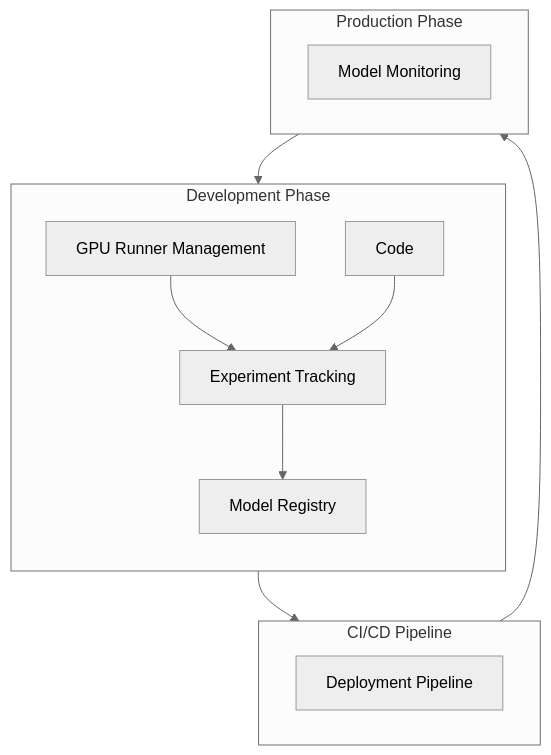
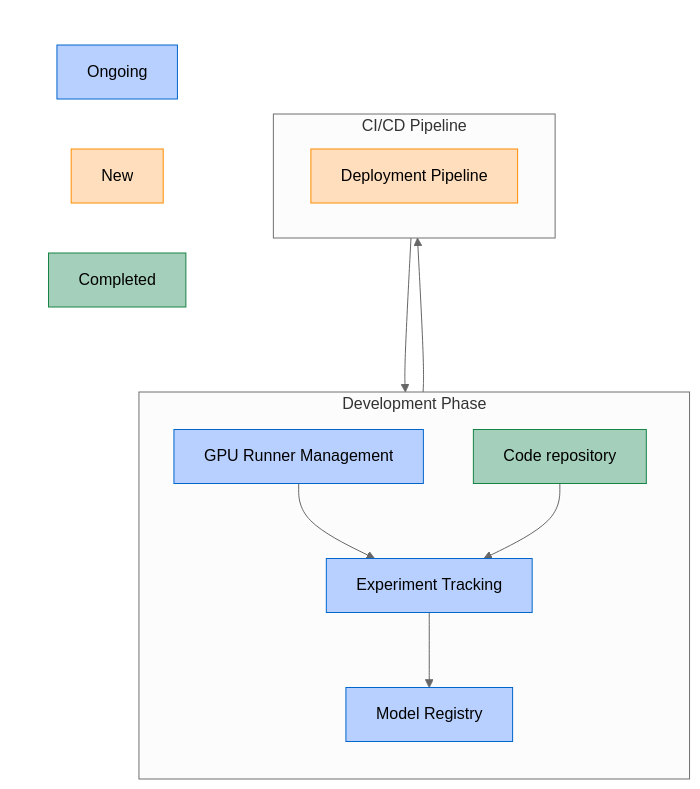
The diagram in content/handbook/engineering/architecture/design-documents/mlops/_index.md (zalyoung/gitlab-handbook), drawn with Mermaid (neutral theme) before and after one commit. The commit also changed other lines of this file, not shown here.

````diff
--- a/content/handbook/engineering/architecture/design-documents/mlops/_index.md
+++ b/content/handbook/engineering/architecture/design-documents/mlops/_index.md
@@ -66,25 +64,37 @@
 ```mermaid
 graph TB
     subgraph DevPhase["Development Phase"]
         direction TB
-        A1[Experiment Tracking]
-        A2[Model Registry]
-        A3[GPU Runner Management]
-        A4[Code]
+        A1[Experiment Tracking]:::ongoing
+        A2[Model Registry]:::ongoing
+        A3[GPU Runner Management]:::ongoing
+        A4[Code repository]:::completed
     end
 
     subgraph CiCd["CI/CD Pipeline"]
-        B4[Deployment Pipeline]
+        B4[Deployment Pipeline]:::new
     end
 
-    subgraph Prod["Production Phase"]
-        C2[Model Monitoring]
-    end
 
     A1 --> A2
     DevPhase --> CiCd
     A3 --> A1
     A4 --> A1
-    CiCd --> Prod
-    Prod --> DevPhase
+    CiCd --> DevPhase
+
+    %% Define styles for different statuses
+    classDef completed fill:#a3cfbb,stroke:#178344,color:black
+    classDef new fill:#ffdebd,stroke:#ff8c00,color:black
+    classDef ongoing fill:#b8d0ff,stroke:#0066cc,color:black
+
+    %% Place the legend at the bottom with right alignment
+    subgraph Legend[" "]
+        direction LR
+        L3[Ongoing]:::ongoing
+        L2[New]:::new
+        L1[Completed]:::completed
+    end
+
+    %% Position the legend at the bottom right
+    style Legend fill:none,stroke:none
 ```
````
